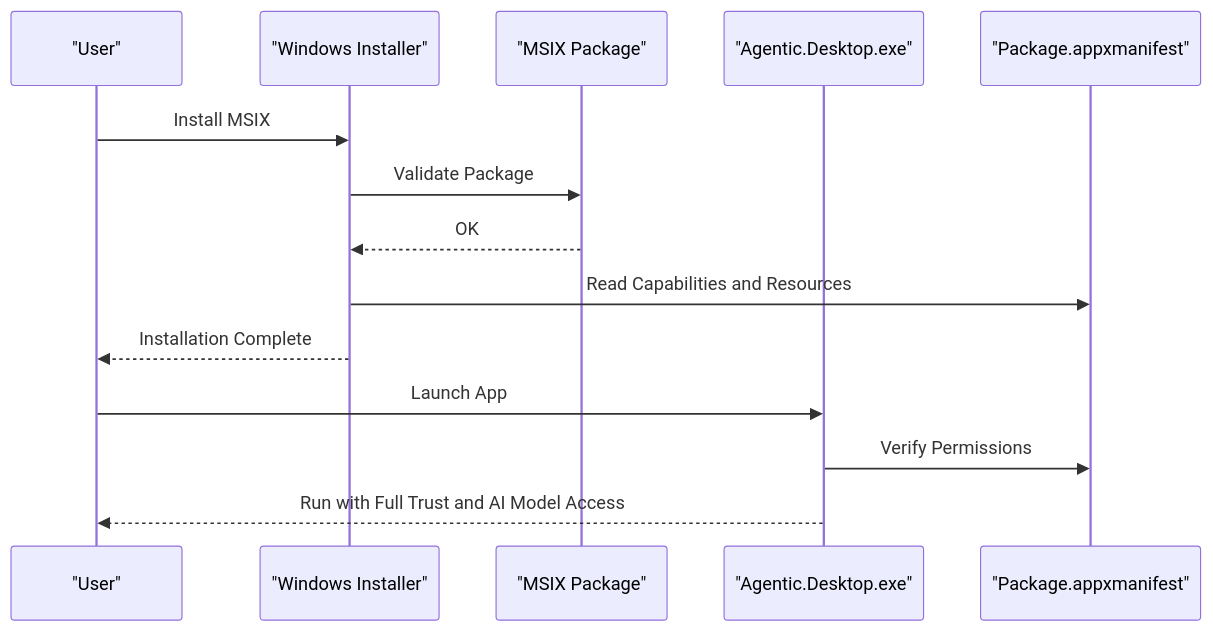
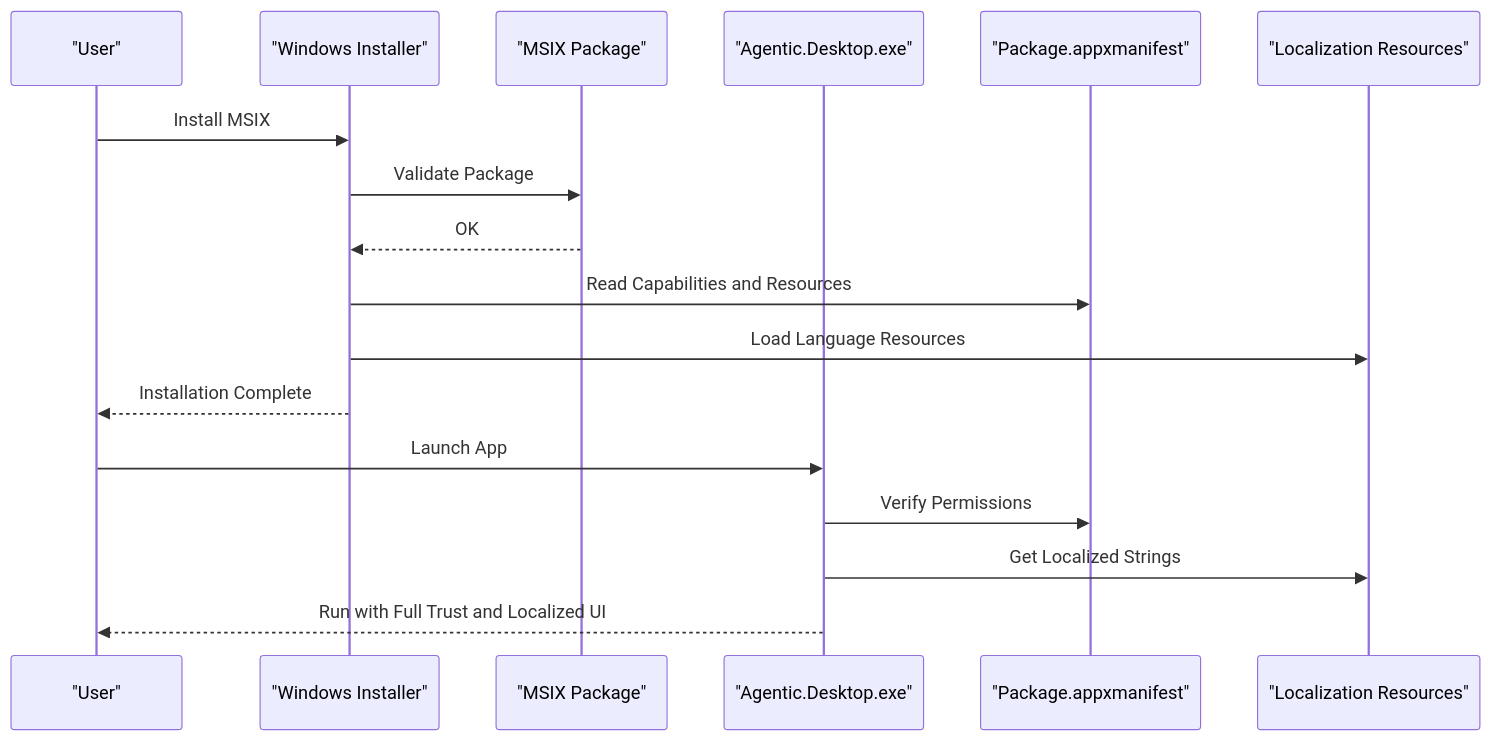
The sixth of 12 diagrams in .qoder/repowiki/en/content/Configuration and Deployment.md (AgenticDesktop/App), drawn with Mermaid before and after one commit. The commit also changed other lines of this file and 108 other files, not shown here.

````diff
--- a/.qoder/repowiki/en/content/Configuration and Deployment.md
+++ b/.qoder/repowiki/en/content/Configuration and Deployment.md
@@ -187,16 +279,19 @@
 ```mermaid
 sequenceDiagram
 participant User as "User"
 participant Installer as "Windows Installer"
 participant MSIX as "MSIX Package"
 participant App as "Agentic.Desktop.exe"
 participant Manifest as "Package.appxmanifest"
+participant Localization as "Localization Resources"
 User->>Installer : Install MSIX
 Installer->>MSIX : Validate Package
 MSIX-->>Installer : OK
 Installer->>Manifest : Read Capabilities and Resources
+Installer->>Localization : Load Language Resources
 Installer-->>User : Installation Complete
 User->>App : Launch App
 App->>Manifest : Verify Permissions
-App-->>User : Run with Full Trust and AI Model Access
+App->>Localization : Get Localized Strings
+App-->>User : Run with Full Trust and Localized UI
 ```
````
